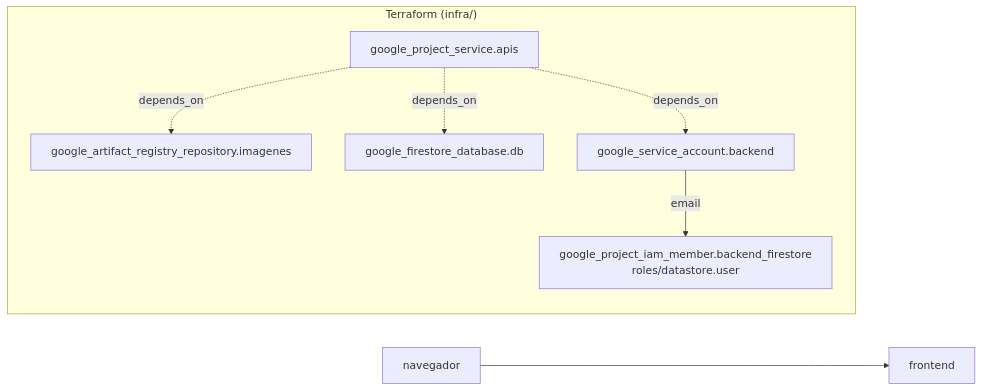
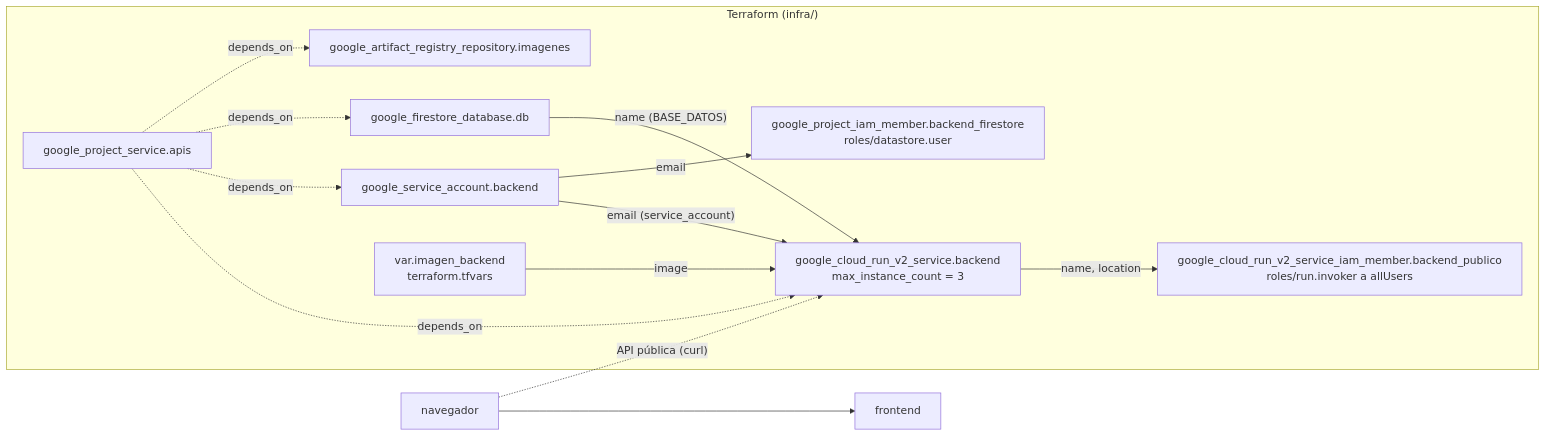
Before and after one commit to AngelyDema/practica-4-muro: the diagram in README.md, drawn with Mermaid. The commit also changed other lines of this file and 2 other files, not shown here.

Commit message:
Fase 3: evidencia y diagrama del backend

````diff
--- a/README.md
+++ b/README.md
@@ -9,18 +9,27 @@
 ```mermaid
 flowchart LR
-  %% Se completa en las fases 3 y 4 (backend, frontend y sus conexiones)
+  %% Se completa en la fase 4 (frontend y su conexión con el backend)
   navegador --> frontend
+  navegador -. "API pública (curl)" .-> backend
 
   subgraph terraform["Terraform (infra/)"]
     apis["google_project_service.apis"]
     registro["google_artifact_registry_repository.imagenes"]
     db["google_firestore_database.db"]
     sa["google_service_account.backend"]
     iam["google_project_iam_member.backend_firestore<br/>roles/datastore.user"]
+    backend["google_cloud_run_v2_service.backend<br/>max_instance_count = 3"]
+    publico["google_cloud_run_v2_service_iam_member.backend_publico<br/>roles/run.invoker a allUsers"]
+    imagen["var.imagen_backend<br/>terraform.tfvars"]
   end
 
   apis -. depends_on .-> registro
   apis -. depends_on .-> db
   apis -. depends_on .-> sa
+  apis -. depends_on .-> backend
   sa -- "email" --> iam
+  sa -- "email (service_account)" --> backend
+  db -- "name (BASE_DATOS)" --> backend
+  imagen -- "image" --> backend
+  backend -- "name, location" --> publico
 ```
````
